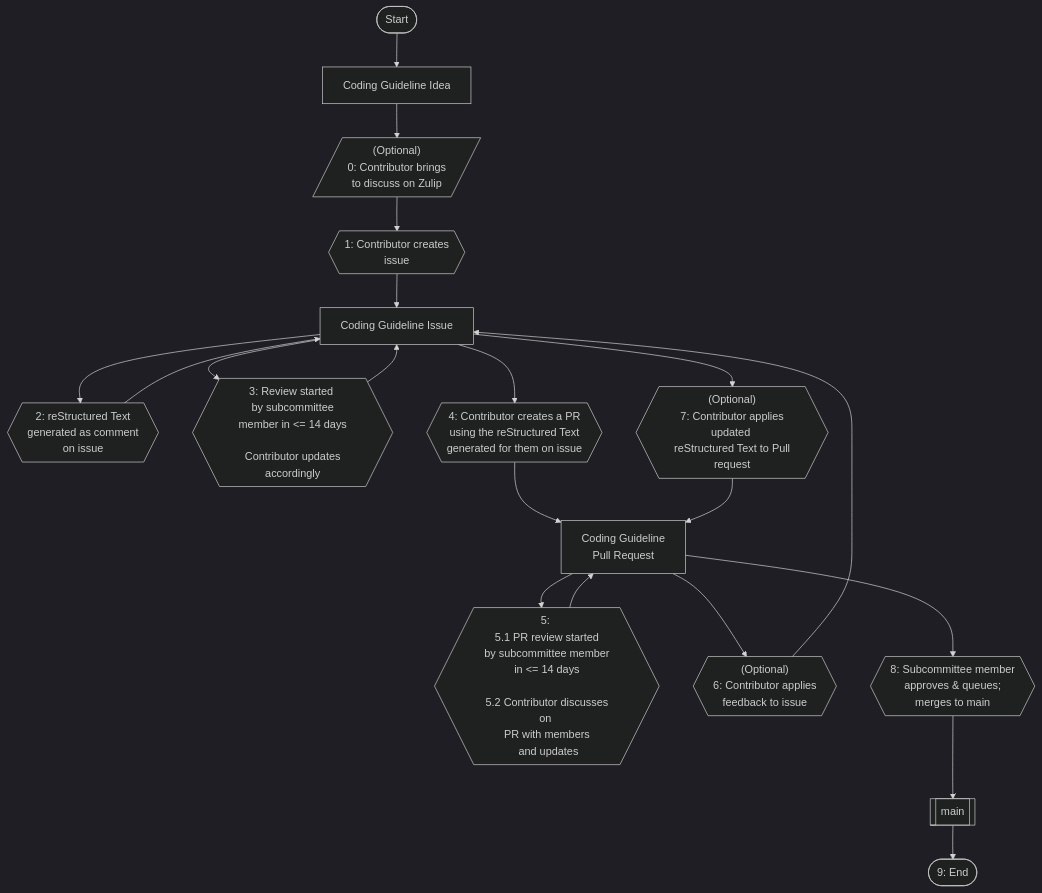
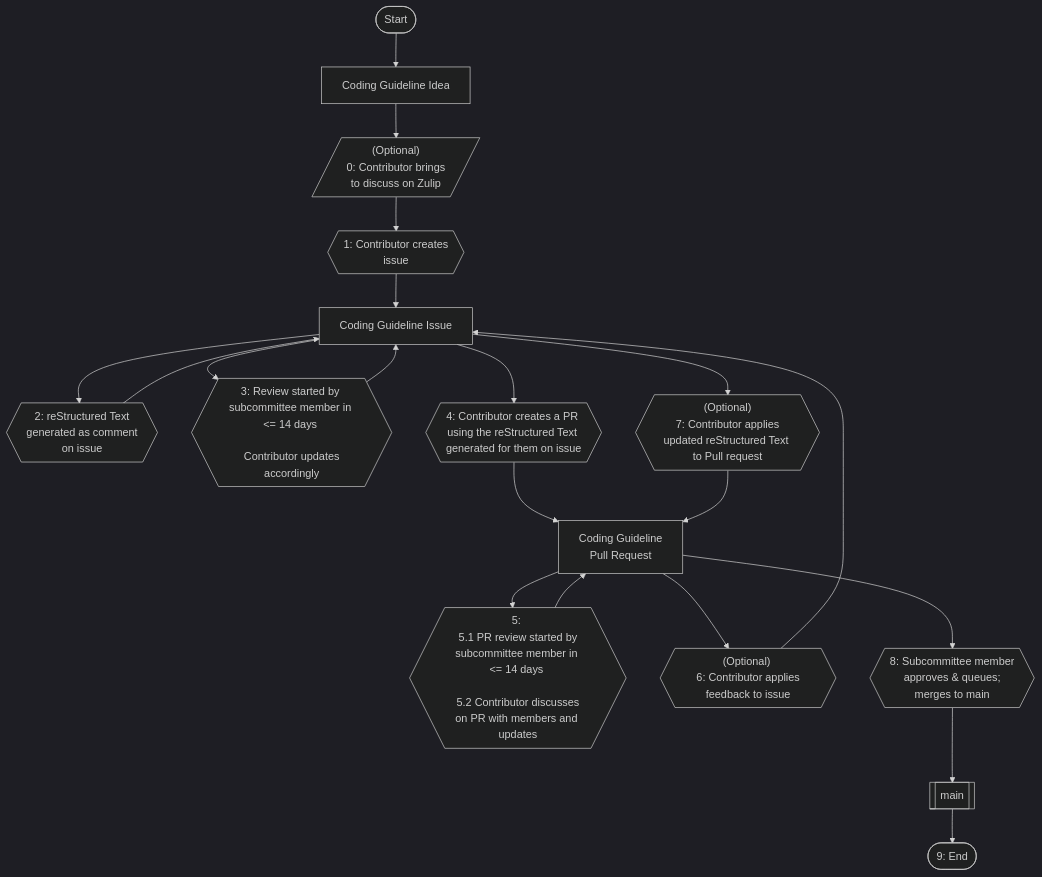
One commit to rustfoundation/safety-critical-rust-coding-guidelines changed the diagram in CONTRIBUTING.md. Above: the diagram before and after it, drawn with Mermaid (dark theme).

Commit message:
fix: remove extraneous line breaks

````diff
--- a/CONTRIBUTING.md
+++ b/CONTRIBUTING.md
@@ -32,23 +32,23 @@
 ```mermaid
 flowchart TD
   Start(["Start"]) --> Idea["Coding Guideline Idea"]
   Idea --> Zulip[/"(Optional)<br>0: Contributor brings <br> to discuss on Zulip"/]
   Zulip --> CreateIssue{{"1: Contributor creates <br> issue"}}
   CreateIssue --> Issue["Coding Guideline Issue"]
 
   S2{{"2: reStructured Text <br> generated as comment <br> on issue"}} --> Issue
   Issue --> S2
 
-  S3{{"3: Review started <br> by subcommittee <br> member in <= 14 days <br><br> Contributor updates accordingly"}} --> Issue
+  S3{{"3: Review started by subcommittee member in <= 14 days <br><br> Contributor updates accordingly"}} --> Issue
   Issue --> S3
 
-  Issue --> S4{{"4: Contributor creates a PR <br> using the reStructured Text <br> generated for them on issue"}} --> PR["Coding Guideline<br>Pull Request"]
+  Issue --> S4{{"4: Contributor creates a PR using the reStructured Text generated for them on issue"}} --> PR["Coding Guideline<br>Pull Request"]
 
-  S5{{"5: <br> 5.1 PR review started <br> by subcommittee member <br> in <= 14 days <br><br> 5.2 Contributor discusses on <br> PR with members <br> and updates"}} --> PR
+  S5{{"5: <br> 5.1 PR review started by subcommittee member in <= 14 days <br><br> 5.2 Contributor discusses on PR with members and updates"}} --> PR
   PR --> S5
 
-  PR --> S6{{"(Optional) <br> 6: Contributor applies <br> feedback to issue"}} --> Issue
-  Issue --> S7{{"(Optional)<br> 7: Contributor applies updated <br> reStructured Text to Pull request"}} --> PR
+  PR --> S6{{"(Optional) <br> 6: Contributor applies feedback to issue"}} --> Issue
+  Issue --> S7{{"(Optional)<br> 7: Contributor applies updated reStructured Text to Pull request"}} --> PR
   PR --> S8{{"8: Subcommittee member <br> approves & queues;<br>merges to main"}} --> Main[[main]]
   Main --> End(["9: End"])
 ```
````
